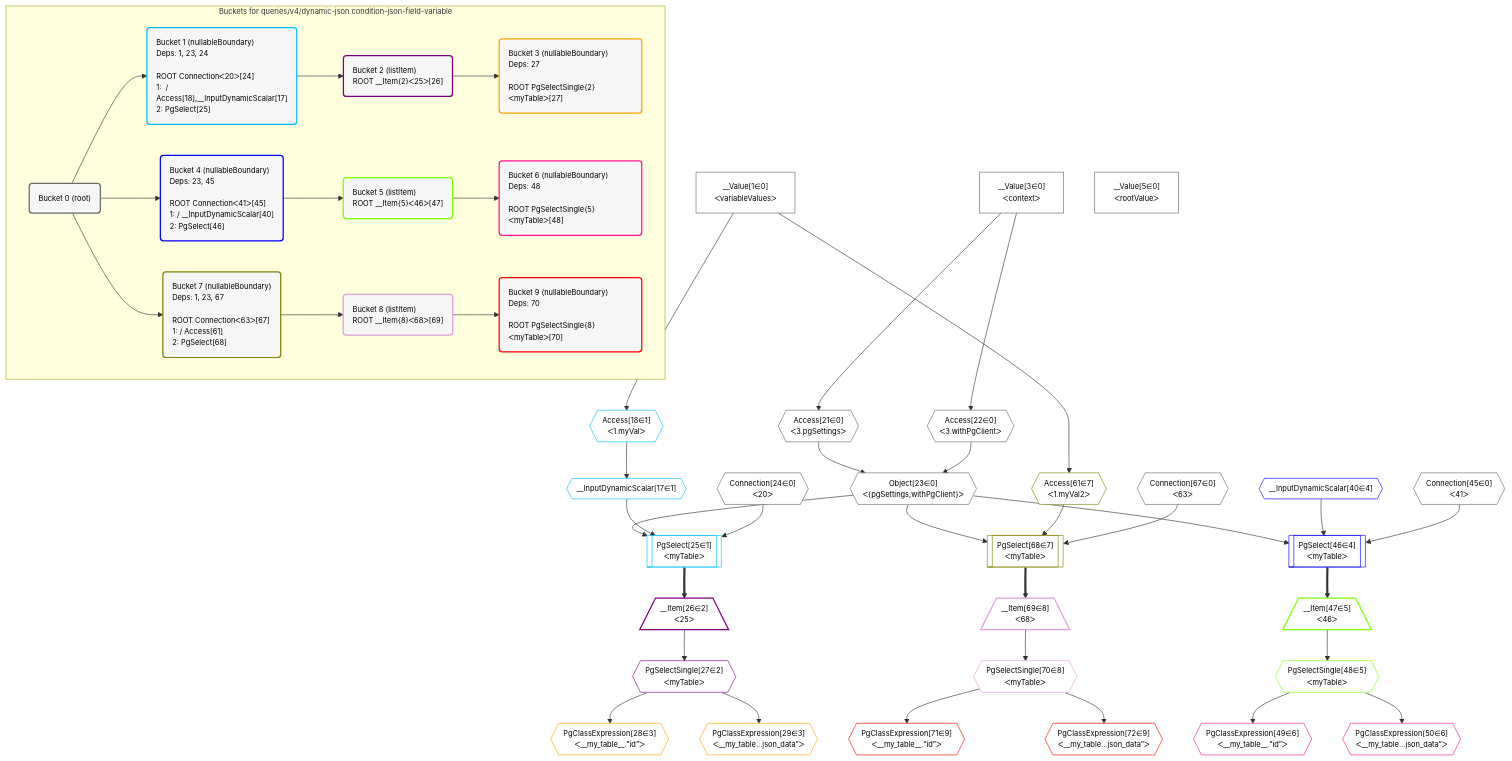
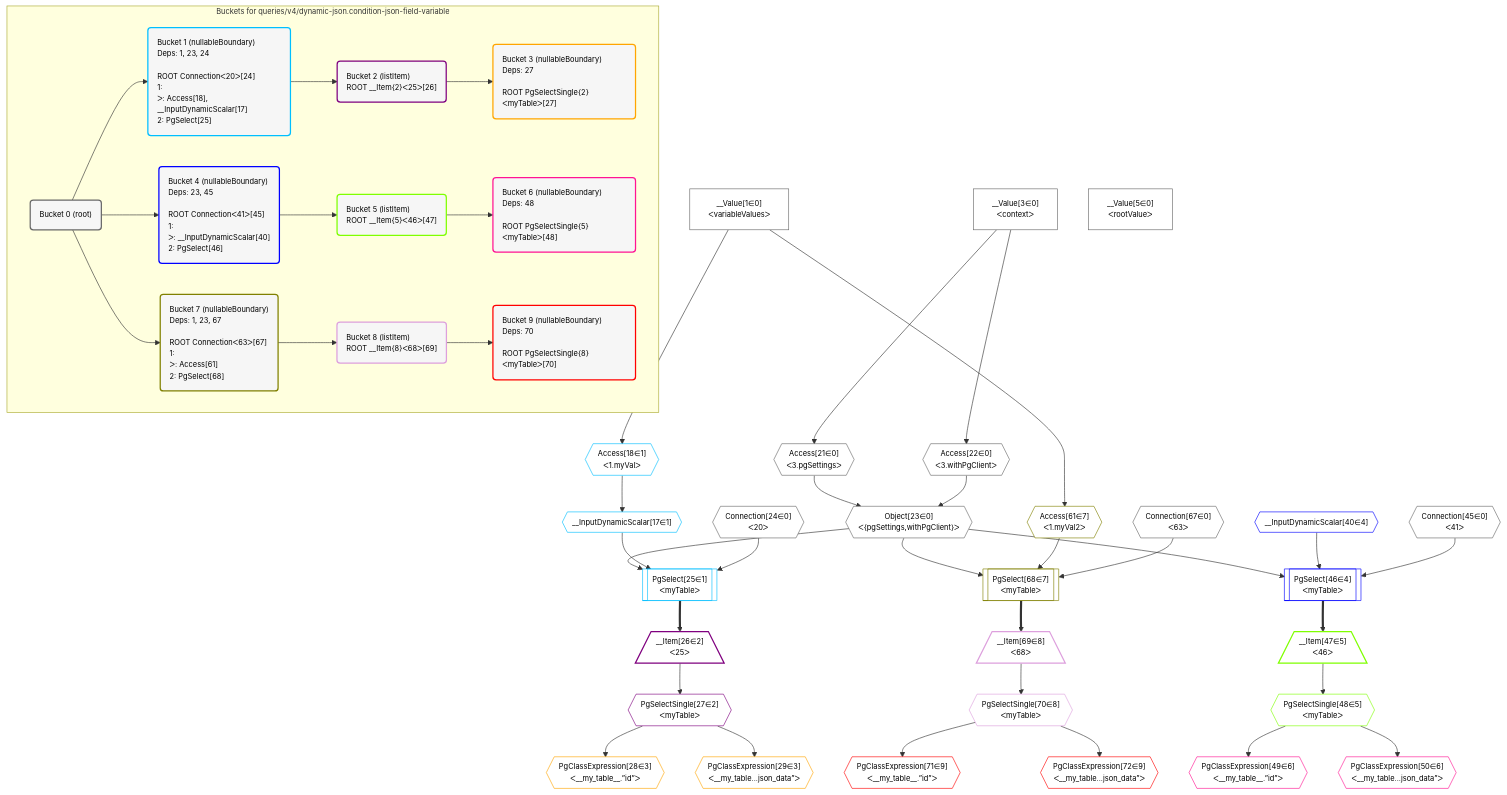
One commit to graphile/crystal changed the diagram in postgraphile/postgraphile/__tests__/queries/v4/dynamic-json.condition-json-field-variable.mermaid. Above: the diagram before and after it, drawn with Mermaid. The commit also changed 168 other files, not shown here.

Commit message:
Shrink plan diagrams a little

```diff
--- a/postgraphile/postgraphile/__tests__/queries/v4/dynamic-json.condition-json-field-variable.mermaid
+++ b/postgraphile/postgraphile/__tests__/queries/v4/dynamic-json.condition-json-field-variable.mermaid
@@ -1,102 +1,102 @@
 %%{init: {'themeVariables': { 'fontSize': '12px'}}}%%
 graph TD
     classDef path fill:#eee,stroke:#000,color:#000
     classDef plan fill:#fff,stroke-width:1px,color:#000
     classDef itemplan fill:#fff,stroke-width:2px,color:#000
     classDef unbatchedplan fill:#dff,stroke-width:1px,color:#000
     classDef sideeffectplan fill:#fcc,stroke-width:2px,color:#000
     classDef bucket fill:#f6f6f6,color:#000,stroke-width:2px,text-align:left
 
 
     %% define steps
     __Value1["__Value[1∈0]<br />ᐸvariableValuesᐳ"]:::plan
     __Value3["__Value[3∈0]<br />ᐸcontextᐳ"]:::plan
     __Value5["__Value[5∈0]<br />ᐸrootValueᐳ"]:::plan
     Access18{{"Access[18∈1]<br />ᐸ1.myValᐳ"}}:::plan
     __InputDynamicScalar17{{"__InputDynamicScalar[17∈1]"}}:::plan
     Access21{{"Access[21∈0]<br />ᐸ3.pgSettingsᐳ"}}:::plan
     Access22{{"Access[22∈0]<br />ᐸ3.withPgClientᐳ"}}:::plan
     Object23{{"Object[23∈0]<br />ᐸ{pgSettings,withPgClient}ᐳ"}}:::plan
     Connection24{{"Connection[24∈0]<br />ᐸ20ᐳ"}}:::plan
     PgSelect25[["PgSelect[25∈1]<br />ᐸmyTableᐳ"]]:::plan
     __Item26[/"__Item[26∈2]<br />ᐸ25ᐳ"\]:::itemplan
     PgSelectSingle27{{"PgSelectSingle[27∈2]<br />ᐸmyTableᐳ"}}:::plan
     PgClassExpression28{{"PgClassExpression[28∈3]<br />ᐸ__my_table__.”id”ᐳ"}}:::plan
     PgClassExpression29{{"PgClassExpression[29∈3]<br />ᐸ__my_table...json_data”ᐳ"}}:::plan
     __InputDynamicScalar40{{"__InputDynamicScalar[40∈4]"}}:::plan
     Connection45{{"Connection[45∈0]<br />ᐸ41ᐳ"}}:::plan
     PgSelect46[["PgSelect[46∈4]<br />ᐸmyTableᐳ"]]:::plan
     __Item47[/"__Item[47∈5]<br />ᐸ46ᐳ"\]:::itemplan
     PgSelectSingle48{{"PgSelectSingle[48∈5]<br />ᐸmyTableᐳ"}}:::plan
     PgClassExpression49{{"PgClassExpression[49∈6]<br />ᐸ__my_table__.”id”ᐳ"}}:::plan
     PgClassExpression50{{"PgClassExpression[50∈6]<br />ᐸ__my_table...json_data”ᐳ"}}:::plan
     Access61{{"Access[61∈7]<br />ᐸ1.myVal2ᐳ"}}:::plan
     Connection67{{"Connection[67∈0]<br />ᐸ63ᐳ"}}:::plan
     PgSelect68[["PgSelect[68∈7]<br />ᐸmyTableᐳ"]]:::plan
     __Item69[/"__Item[69∈8]<br />ᐸ68ᐳ"\]:::itemplan
     PgSelectSingle70{{"PgSelectSingle[70∈8]<br />ᐸmyTableᐳ"}}:::plan
     PgClassExpression71{{"PgClassExpression[71∈9]<br />ᐸ__my_table__.”id”ᐳ"}}:::plan
     PgClassExpression72{{"PgClassExpression[72∈9]<br />ᐸ__my_table...json_data”ᐳ"}}:::plan
 
     %% plan dependencies
     __Value1 --> Access18
     Access18 --> __InputDynamicScalar17
     __Value3 --> Access21
     __Value3 --> Access22
     Access21 & Access22 --> Object23
     Object23 & __InputDynamicScalar17 & Connection24 --> PgSelect25
     PgSelect25 ==> __Item26
     __Item26 --> PgSelectSingle27
     PgSelectSingle27 --> PgClassExpression28
     PgSelectSingle27 --> PgClassExpression29
     Object23 & __InputDynamicScalar40 & Connection45 --> PgSelect46
     PgSelect46 ==> __Item47
     __Item47 --> PgSelectSingle48
     PgSelectSingle48 --> PgClassExpression49
     PgSelectSingle48 --> PgClassExpression50
     __Value1 --> Access61
     Object23 & Access61 & Connection67 --> PgSelect68
     PgSelect68 ==> __Item69
     __Item69 --> PgSelectSingle70
     PgSelectSingle70 --> PgClassExpression71
     PgSelectSingle70 --> PgClassExpression72
 
     subgraph "Buckets for queries/v4/dynamic-json.condition-json-field-variable"
     Bucket0("Bucket 0 (root)"):::bucket
     classDef bucket0 stroke:#696969
     class Bucket0,__Value1,__Value3,__Value5,Access21,Access22,Object23,Connection24,Connection45,Connection67 bucket0
-    Bucket1("Bucket 1 (nullableBoundary)<br />Deps: 1, 23, 24<br /><br />ROOT Connectionᐸ20ᐳ[24]<br />1:  / Access[18],__InputDynamicScalar[17]<br />2: PgSelect[25]"):::bucket
+    Bucket1("Bucket 1 (nullableBoundary)<br />Deps: 1, 23, 24<br /><br />ROOT Connectionᐸ20ᐳ[24]<br />1: <br />ᐳ: Access[18], __InputDynamicScalar[17]<br />2: PgSelect[25]"):::bucket
     classDef bucket1 stroke:#00bfff
     class Bucket1,__InputDynamicScalar17,Access18,PgSelect25 bucket1
     Bucket2("Bucket 2 (listItem)<br />ROOT __Item{2}ᐸ25ᐳ[26]"):::bucket
     classDef bucket2 stroke:#7f007f
     class Bucket2,__Item26,PgSelectSingle27 bucket2
     Bucket3("Bucket 3 (nullableBoundary)<br />Deps: 27<br /><br />ROOT PgSelectSingle{2}ᐸmyTableᐳ[27]"):::bucket
     classDef bucket3 stroke:#ffa500
     class Bucket3,PgClassExpression28,PgClassExpression29 bucket3
-    Bucket4("Bucket 4 (nullableBoundary)<br />Deps: 23, 45<br /><br />ROOT Connectionᐸ41ᐳ[45]<br />1:  / __InputDynamicScalar[40]<br />2: PgSelect[46]"):::bucket
+    Bucket4("Bucket 4 (nullableBoundary)<br />Deps: 23, 45<br /><br />ROOT Connectionᐸ41ᐳ[45]<br />1: <br />ᐳ: __InputDynamicScalar[40]<br />2: PgSelect[46]"):::bucket
     classDef bucket4 stroke:#0000ff
     class Bucket4,__InputDynamicScalar40,PgSelect46 bucket4
     Bucket5("Bucket 5 (listItem)<br />ROOT __Item{5}ᐸ46ᐳ[47]"):::bucket
     classDef bucket5 stroke:#7fff00
     class Bucket5,__Item47,PgSelectSingle48 bucket5
     Bucket6("Bucket 6 (nullableBoundary)<br />Deps: 48<br /><br />ROOT PgSelectSingle{5}ᐸmyTableᐳ[48]"):::bucket
     classDef bucket6 stroke:#ff1493
     class Bucket6,PgClassExpression49,PgClassExpression50 bucket6
-    Bucket7("Bucket 7 (nullableBoundary)<br />Deps: 1, 23, 67<br /><br />ROOT Connectionᐸ63ᐳ[67]<br />1:  / Access[61]<br />2: PgSelect[68]"):::bucket
+    Bucket7("Bucket 7 (nullableBoundary)<br />Deps: 1, 23, 67<br /><br />ROOT Connectionᐸ63ᐳ[67]<br />1: <br />ᐳ: Access[61]<br />2: PgSelect[68]"):::bucket
     classDef bucket7 stroke:#808000
     class Bucket7,Access61,PgSelect68 bucket7
     Bucket8("Bucket 8 (listItem)<br />ROOT __Item{8}ᐸ68ᐳ[69]"):::bucket
     classDef bucket8 stroke:#dda0dd
     class Bucket8,__Item69,PgSelectSingle70 bucket8
     Bucket9("Bucket 9 (nullableBoundary)<br />Deps: 70<br /><br />ROOT PgSelectSingle{8}ᐸmyTableᐳ[70]"):::bucket
     classDef bucket9 stroke:#ff0000
     class Bucket9,PgClassExpression71,PgClassExpression72 bucket9
     Bucket0 --> Bucket1 & Bucket4 & Bucket7
     Bucket1 --> Bucket2
     Bucket2 --> Bucket3
     Bucket4 --> Bucket5
     Bucket5 --> Bucket6
     Bucket7 --> Bucket8
     Bucket8 --> Bucket9
     end
```
